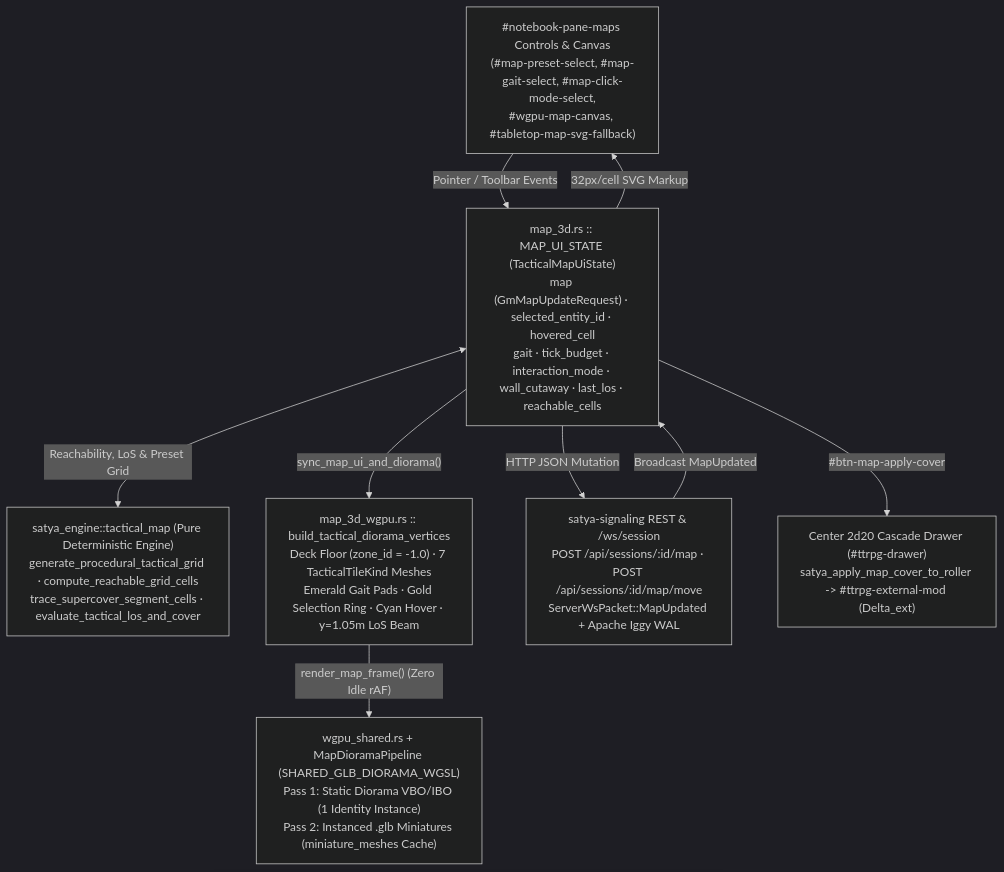
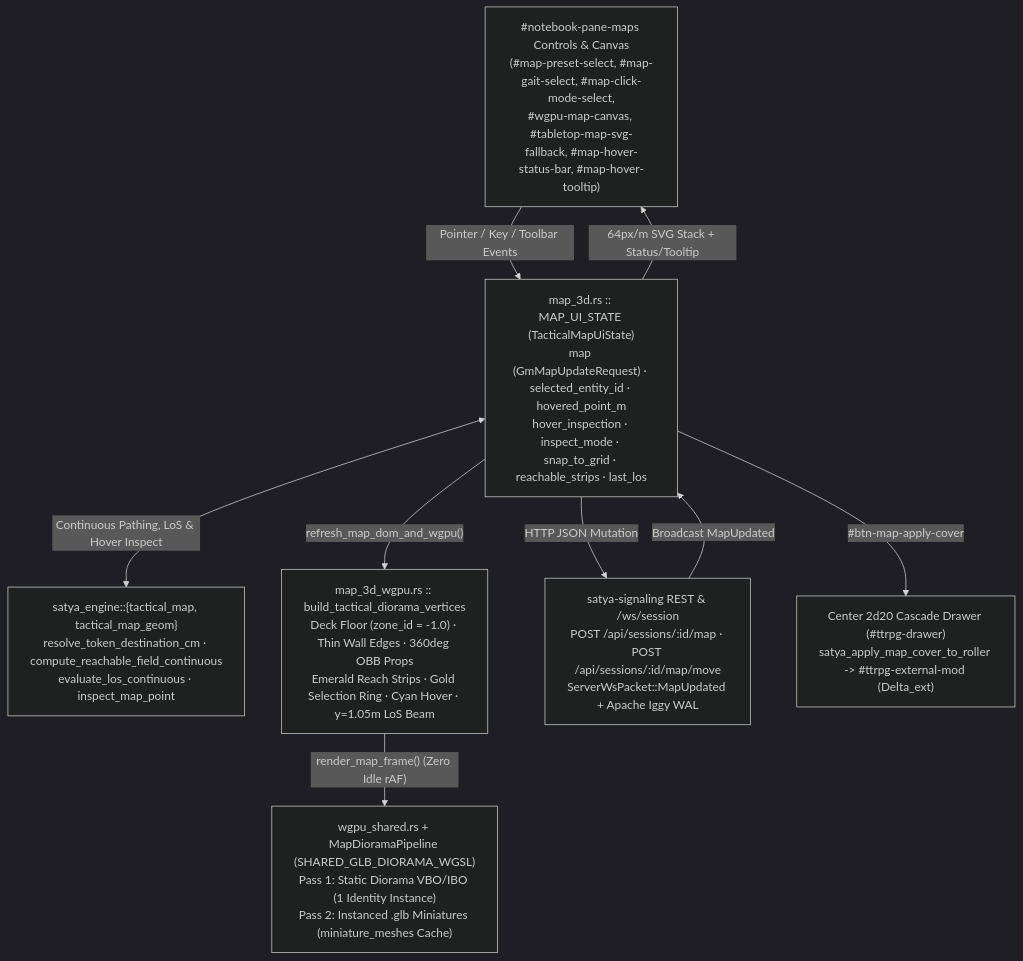
Before and after one commit to rarebreed/satya: the first of 3 diagrams in docs/technical/satya-web/02-3d-tactical-map-diorama.md, drawn with Mermaid (dark theme). The commit also changed other lines of this file and 61 other files, not shown here.

````diff
--- a/docs/technical/satya-web/02-3d-tactical-map-diorama.md
+++ b/docs/technical/satya-web/02-3d-tactical-map-diorama.md
@@ -15,19 +15,19 @@
 ```mermaid
 flowchart TD
-    DOM["#notebook-pane-maps Controls & Canvas\n(#map-preset-select, #map-gait-select, #map-click-mode-select,\n#wgpu-map-canvas, #tabletop-map-svg-fallback)"]
-    UI["map_3d.rs :: MAP_UI_STATE (TacticalMapUiState)\nmap (GmMapUpdateRequest) · selected_entity_id · hovered_cell\ngait · tick_budget · interaction_mode · wall_cutaway · last_los · reachable_cells"]
-    Eng["satya_engine::tactical_map (Pure Deterministic Engine)\ngenerate_procedural_tactical_grid · compute_reachable_grid_cells\ntrace_supercover_segment_cells · evaluate_tactical_los_and_cover"]
-    Geom["map_3d_wgpu.rs :: build_tactical_diorama_vertices\nDeck Floor (zone_id = -1.0) · 7 TacticalTileKind Meshes\nEmerald Gait Pads · Gold Selection Ring · Cyan Hover · y=1.05m LoS Beam"]
+    DOM["#notebook-pane-maps Controls & Canvas\n(#map-preset-select, #map-gait-select, #map-click-mode-select,\n#wgpu-map-canvas, #tabletop-map-svg-fallback, #map-hover-status-bar, #map-hover-tooltip)"]
+    UI["map_3d.rs :: MAP_UI_STATE (TacticalMapUiState)\nmap (GmMapUpdateRequest) · selected_entity_id · hovered_point_m\nhover_inspection · inspect_mode · snap_to_grid · reachable_strips · last_los"]
+    Eng["satya_engine::{tactical_map, tactical_map_geom}\nresolve_token_destination_cm · compute_reachable_field_continuous\nevaluate_los_continuous · inspect_map_point"]
+    Geom["map_3d_wgpu.rs :: build_tactical_diorama_vertices\nDeck Floor (zone_id = -1.0) · Thin Wall Edges · 360deg OBB Props\nEmerald Reach Strips · Gold Selection Ring · Cyan Hover · y=1.05m LoS Beam"]
     GPU["wgpu_shared.rs + MapDioramaPipeline (SHARED_GLB_DIORAMA_WGSL)\nPass 1: Static Diorama VBO/IBO (1 Identity Instance)\nPass 2: Instanced .glb Miniatures (miniature_meshes Cache)"]
     Rest["satya-signaling REST & /ws/session\nPOST /api/sessions/:id/map · POST /api/sessions/:id/map/move\nServerWsPacket::MapUpdated + Apache Iggy WAL"]
     Roller["Center 2d20 Cascade Drawer (#ttrpg-drawer)\nsatya_apply_map_cover_to_roller -> #ttrpg-external-mod (Delta_ext)"]
 
-    DOM -->|"Pointer / Toolbar Events"| UI
-    UI <-->|"Reachability, LoS & Preset Grid"| Eng
-    UI -->|"sync_map_ui_and_diorama()"| Geom
+    DOM -->|"Pointer / Key / Toolbar Events"| UI
+    UI <-->|"Continuous Pathing, LoS & Hover Inspect"| Eng
+    UI -->|"refresh_map_dom_and_wgpu()"| Geom
     Geom -->|"render_map_frame() (Zero Idle rAF)"| GPU
-    UI -->|"32px/cell SVG Markup"| DOM
+    UI -->|"64px/m SVG Stack + Status/Tooltip"| DOM
     UI -->|"HTTP JSON Mutation"| Rest
     Rest -->|"Broadcast MapUpdated"| UI
     UI -->|"#btn-map-apply-cover"| Roller
 ```
````
